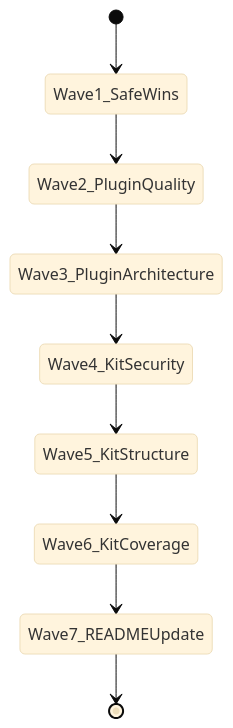
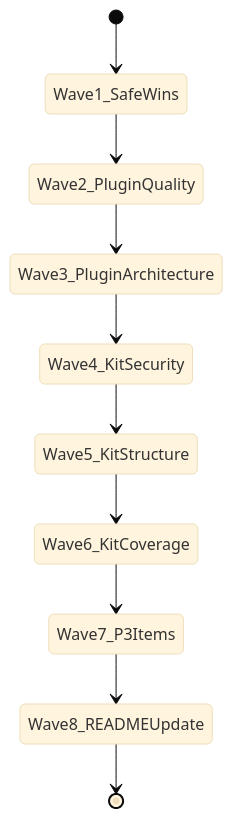
One commit to AlexAgo83/logics-manager changed the diagram in logics/tasks/task_127_orchestrate_april_2026_audit_remediation_across_plugin_and_logics_kit.md. Above: the diagram before and after it, drawn with Mermaid (base theme). The commit also changed other lines of this file and 5 other files, not shown here.

````diff
--- a/logics/tasks/task_127_orchestrate_april_2026_audit_remediation_across_plugin_and_logics_kit.md
+++ b/logics/tasks/task_127_orchestrate_april_2026_audit_remediation_across_plugin_and_logics_kit.md
@@ -26,13 +29,14 @@
 ```mermaid
 %% logics-kind: task
 %% logics-signature: task|orchestrate-april-2026-audit-remediation|item-290-extract-duplicated-constants-in|wave-1-safe-wins-item-292-item-290|npm-run-lint-ts-after-each-plugin
 stateDiagram-v2
     [*] --> Wave1_SafeWins
     Wave1_SafeWins --> Wave2_PluginQuality
     Wave2_PluginQuality --> Wave3_PluginArchitecture
     Wave3_PluginArchitecture --> Wave4_KitSecurity
     Wave4_KitSecurity --> Wave5_KitStructure
     Wave5_KitStructure --> Wave6_KitCoverage
-    Wave6_KitCoverage --> Wave7_READMEUpdate
-    Wave7_READMEUpdate --> [*]
+    Wave6_KitCoverage --> Wave7_P3Items
+    Wave7_P3Items --> Wave8_READMEUpdate
+    Wave8_READMEUpdate --> [*]
 ```
````
